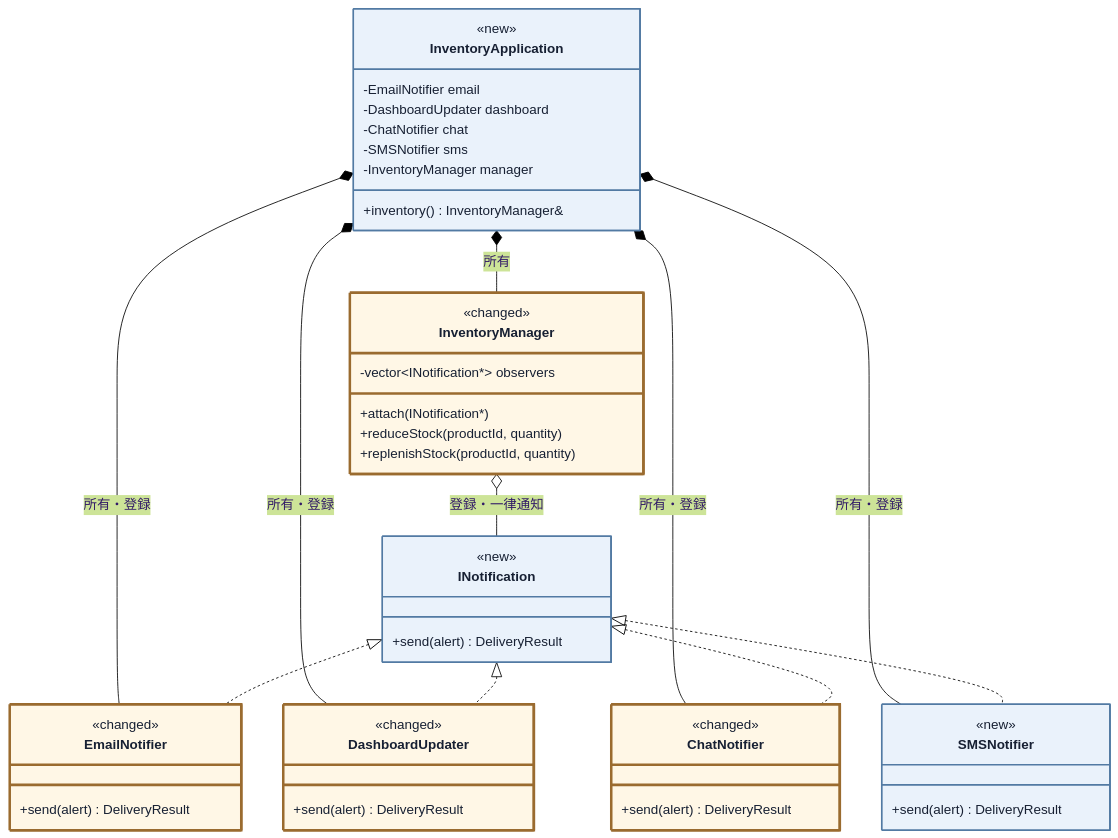
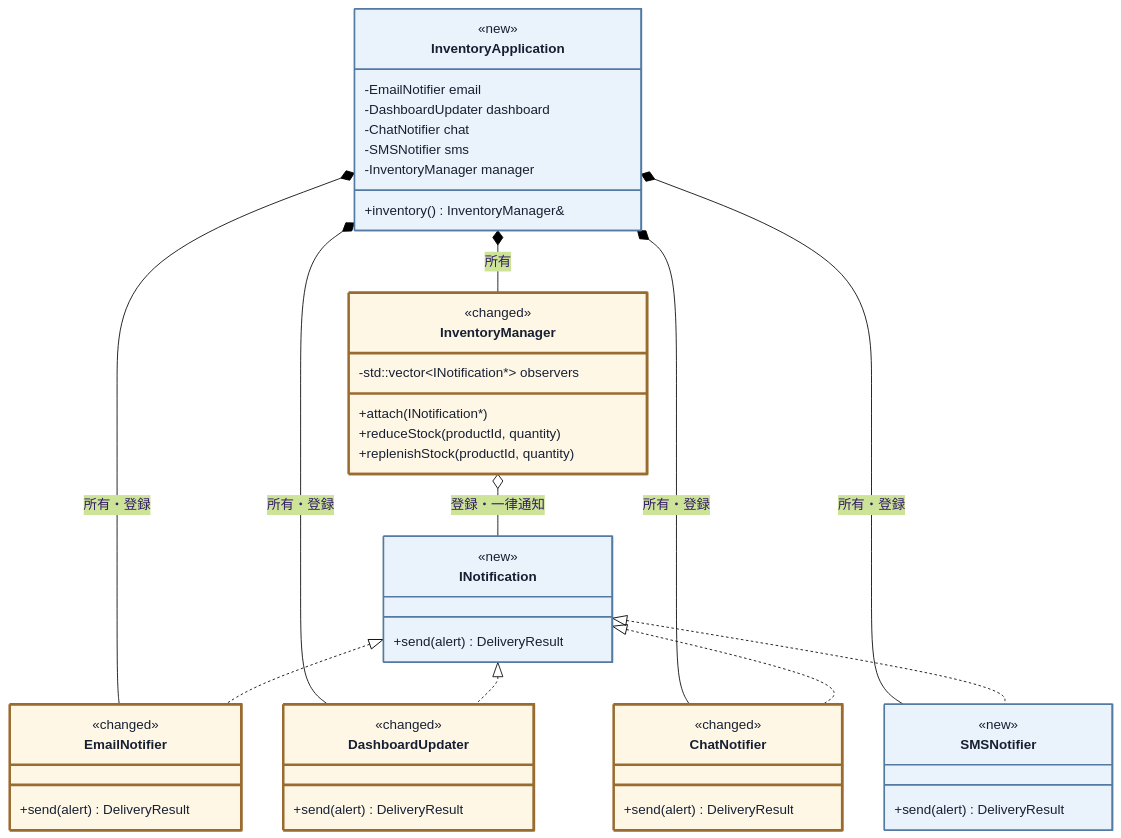
Before and after one commit to kumachan1101-pixel/DesignPattern: diagram 13 of 19 in kindle/design-patterns/books/volume01-core-patterns/output/05-chapter03.md, drawn with Mermaid (forest theme). The commit also changed other lines of this file and 22 other files, not shown here.

````diff
--- a/kindle/design-patterns/books/volume01-core-patterns/output/05-chapter03.md
+++ b/kindle/design-patterns/books/volume01-core-patterns/output/05-chapter03.md
@@ -1901,54 +1907,54 @@
 ```mermaid
 classDiagram
     direction TB
     class InventoryManager:::touched {
         <<changed>>
-        -vector~INotification*~ observers
+        -std::vector~INotification*~ observers
         +attach(INotification*)
         +reduceStock(productId, quantity)
         +replenishStock(productId, quantity)
     }
     class INotification:::added {
         <<new>>
         <<interface>>
         +send(alert) DeliveryResult
     }
     class EmailNotifier:::touched {
         <<changed>>
         +send(alert) DeliveryResult
     }
     class DashboardUpdater:::touched {
         <<changed>>
         +send(alert) DeliveryResult
     }
     class ChatNotifier:::touched {
         <<changed>>
         +send(alert) DeliveryResult
     }
     class SMSNotifier:::added {
         <<new>>
         +send(alert) DeliveryResult
     }
     class InventoryApplication:::added {
         <<new>>
         -EmailNotifier email
         -DashboardUpdater dashboard
         -ChatNotifier chat
         -SMSNotifier sms
         -InventoryManager manager
         +inventory() InventoryManager&
     }
     InventoryApplication *-- InventoryManager : 所有
     InventoryApplication *-- EmailNotifier : 所有・登録
     InventoryApplication *-- DashboardUpdater : 所有・登録
     InventoryApplication *-- ChatNotifier : 所有・登録
     InventoryApplication *-- SMSNotifier : 所有・登録
     InventoryManager o-- INotification : 登録・一律通知
     INotification <|.. EmailNotifier
     INotification <|.. DashboardUpdater
     INotification <|.. ChatNotifier
     INotification <|.. SMSNotifier
 
     classDef added fill:#eaf2fb,stroke:#527aa3,stroke-width:2px,color:#172033;
     classDef touched fill:#fff7e6,stroke:#9a6b2f,stroke-width:3px,color:#172033;
 ```
````
